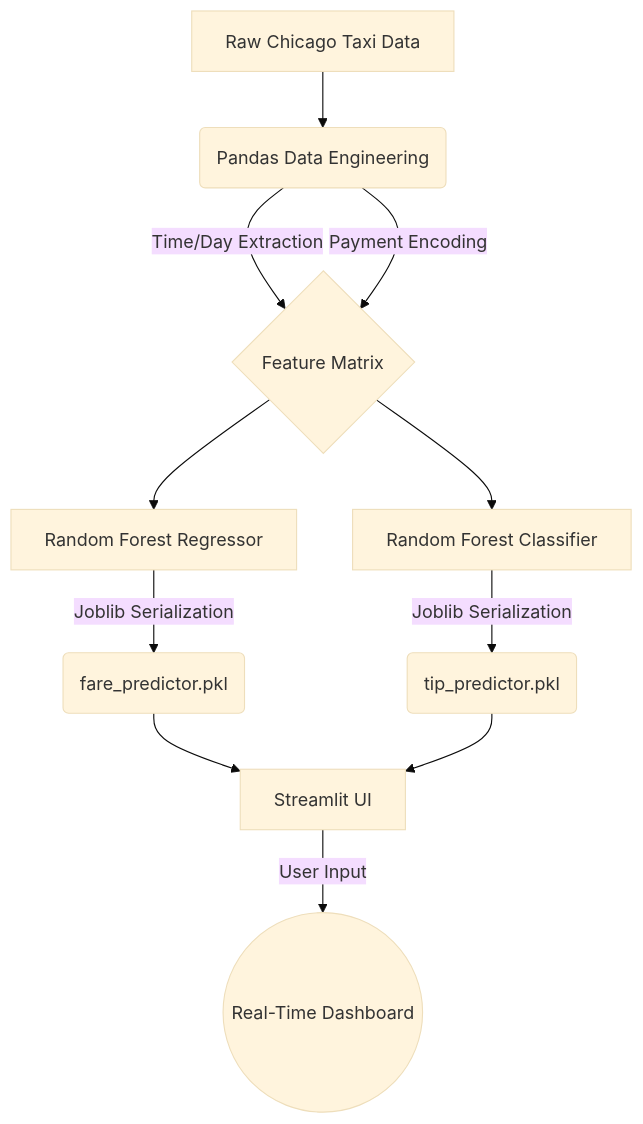
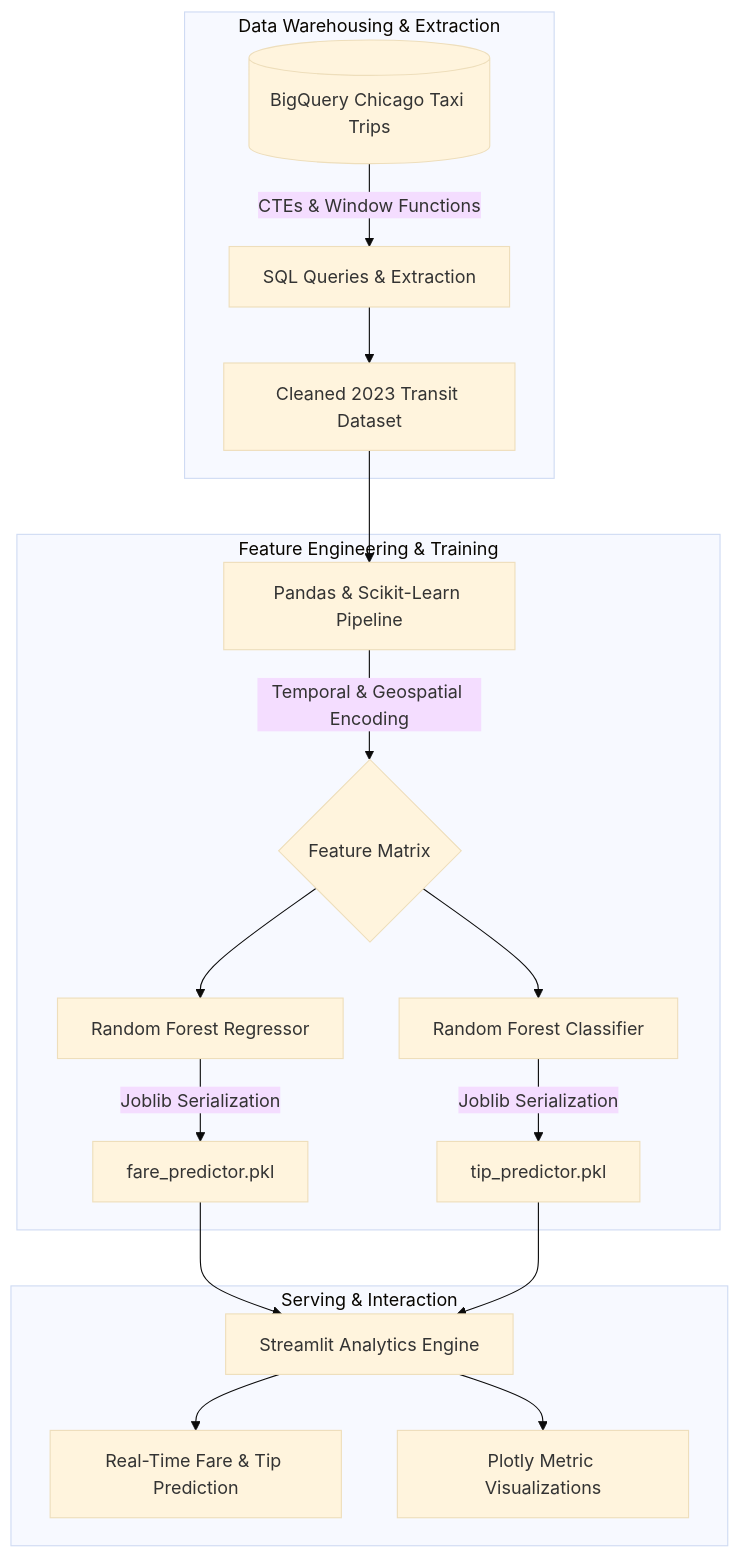
The diagram in README.md (primegideon/chicago-taxi-ml), drawn with Mermaid (base theme) before and after one commit. The commit also changed other lines of this file and 14 other files, not shown here.

````diff
--- a/README.md
+++ b/README.md
@@ -49,13 +34,22 @@
 ```mermaid
-graph TD;
-    A[Raw Chicago Taxi Data] --> B(Pandas Data Engineering);
-    B -->|Time/Day Extraction| C{Feature Matrix};
-    B -->|Payment Encoding| C;
-    C --> D[Random Forest Regressor];
-    C --> E[Random Forest Classifier];
-    D -->|Joblib Serialization| F(fare_predictor.pkl);
-    E -->|Joblib Serialization| G(tip_predictor.pkl);
-    F --> H[Streamlit UI];
-    G --> H;
-    H -->|User Input| I((Real-Time Dashboard));
+flowchart TD
+    subgraph Data Warehousing & Extraction
+        A[(BigQuery Chicago Taxi Trips)] -->|CTEs & Window Functions| B[SQL Queries & Extraction]
+        B --> C[Cleaned 2023 Transit Dataset]
+    end
+
+    subgraph Feature Engineering & Training
+        C --> D[Pandas & Scikit-Learn Pipeline]
+        D -->|Temporal & Geospatial Encoding| E{Feature Matrix}
+        E --> F[Random Forest Regressor]
+        E --> G[Random Forest Classifier]
+        F -->|Joblib Serialization| H[fare_predictor.pkl]
+        G -->|Joblib Serialization| I[tip_predictor.pkl]
+    end
+
+    subgraph Serving & Interaction
+        H & I --> J[Streamlit Analytics Engine]
+        J --> K[Real-Time Fare & Tip Prediction]
+        J --> L[Plotly Metric Visualizations]
+    end
 ```
````
